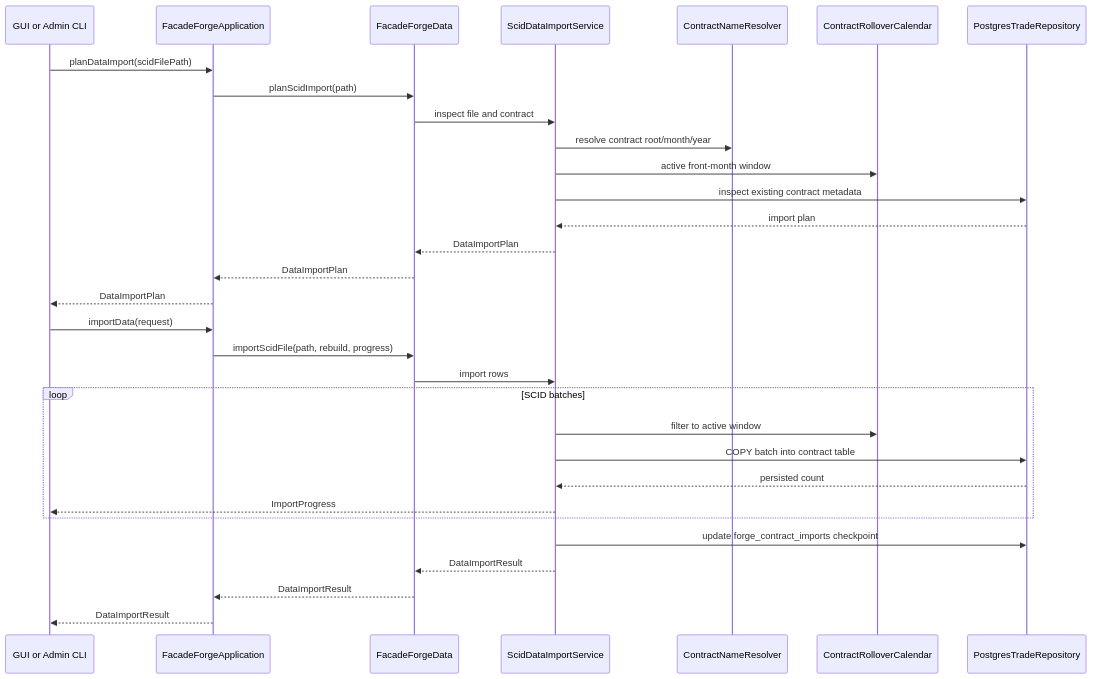
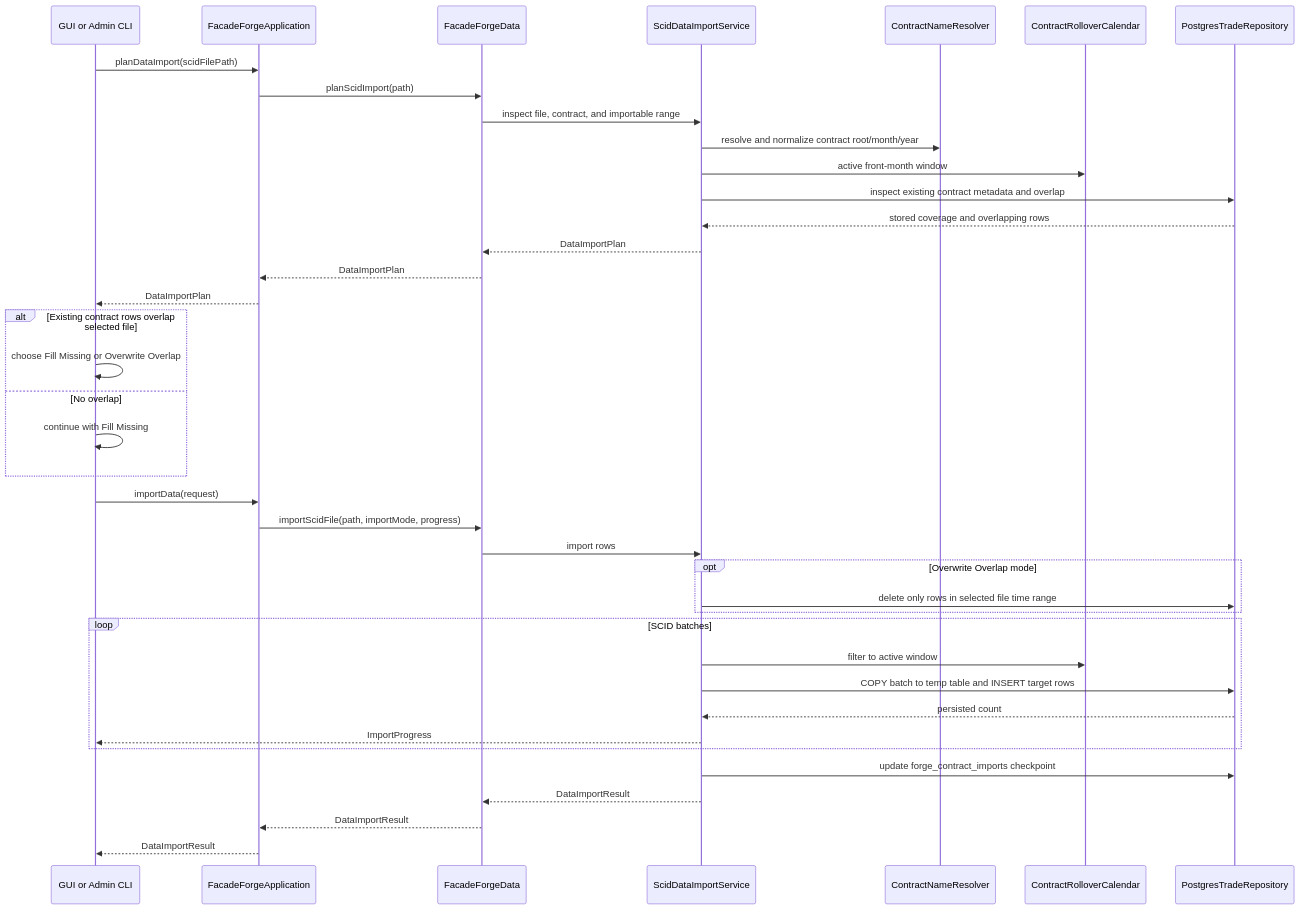
One commit to probst-paul/FORGE changed the diagram in docs/diagrams/data-import-flow.md. Above: the diagram before and after it, drawn with Mermaid. The commit also changed 4 other files, not shown here.

First line of the commit message:
Update docs diagrams for import, DB, and UI changes

````diff
--- a/docs/diagrams/data-import-flow.md
+++ b/docs/diagrams/data-import-flow.md
@@ -3,35 +3,44 @@
 ```mermaid
 sequenceDiagram
     participant UI as GUI or Admin CLI
     participant App as FacadeForgeApplication
     participant Data as FacadeForgeData
     participant Importer as ScidDataImportService
     participant Contract as ContractNameResolver
     participant Rollover as ContractRolloverCalendar
     participant Repo as PostgresTradeRepository
 
     UI->>App: planDataImport(scidFilePath)
     App->>Data: planScidImport(path)
-    Data->>Importer: inspect file and contract
-    Importer->>Contract: resolve contract root/month/year
+    Data->>Importer: inspect file, contract, and importable range
+    Importer->>Contract: resolve and normalize contract root/month/year
     Importer->>Rollover: active front-month window
-    Importer->>Repo: inspect existing contract metadata
-    Repo-->>Importer: import plan
+    Importer->>Repo: inspect existing contract metadata and overlap
+    Repo-->>Importer: stored coverage and overlapping rows
     Importer-->>Data: DataImportPlan
     Data-->>App: DataImportPlan
     App-->>UI: DataImportPlan
 
+    alt Existing contract rows overlap selected file
+        UI->>UI: choose Fill Missing or Overwrite Overlap
+    else No overlap
+        UI->>UI: continue with Fill Missing
+    end
+
     UI->>App: importData(request)
-    App->>Data: importScidFile(path, rebuild, progress)
+    App->>Data: importScidFile(path, importMode, progress)
     Data->>Importer: import rows
+    opt Overwrite Overlap mode
+        Importer->>Repo: delete only rows in selected file time range
+    end
     loop SCID batches
         Importer->>Rollover: filter to active window
-        Importer->>Repo: COPY batch into contract table
+        Importer->>Repo: COPY batch to temp table and INSERT target rows
         Repo-->>Importer: persisted count
         Importer-->>UI: ImportProgress
     end
     Importer->>Repo: update forge_contract_imports checkpoint
     Importer-->>Data: DataImportResult
     Data-->>App: DataImportResult
     App-->>UI: DataImportResult
 ```
````
